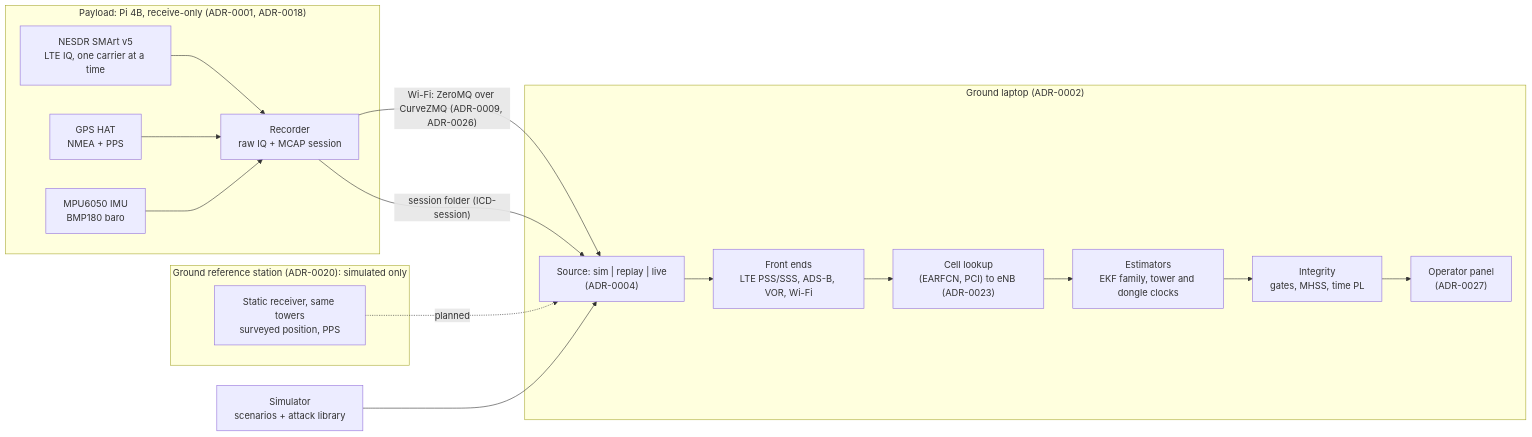
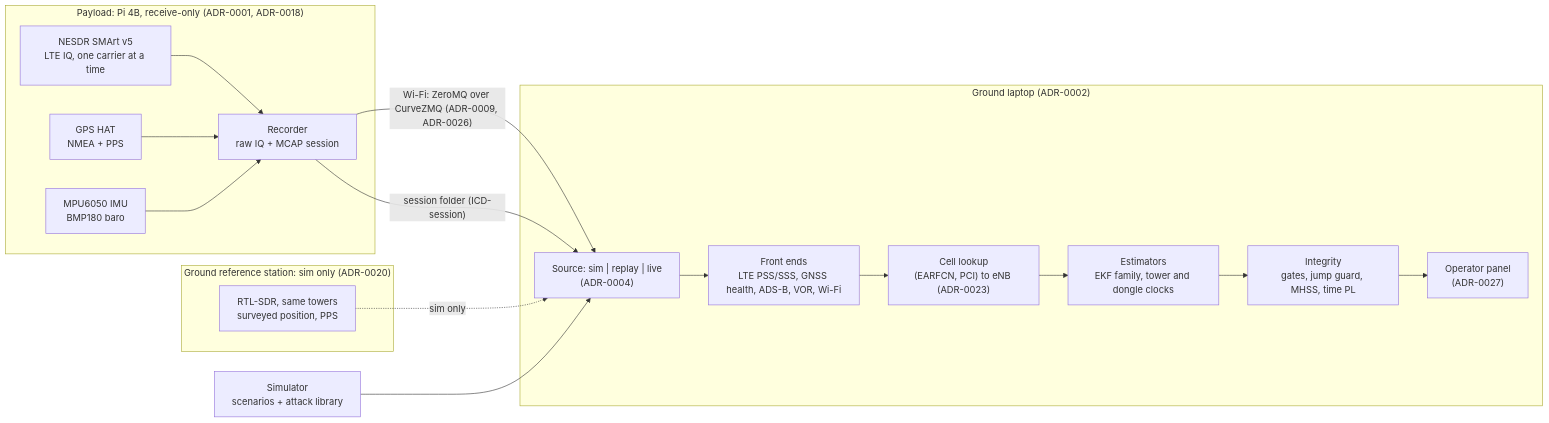
Before and after one commit to mdevstudentcu/SEAN: the diagram in systems/architecture.md, drawn with Mermaid. The commit also changed other lines of this file, not shown here.

````diff
--- a/systems/architecture.md
+++ b/systems/architecture.md
@@ -29,28 +28,28 @@
 ```mermaid
 flowchart LR
   subgraph PAY["Payload: Pi 4B, receive-only (ADR-0001, ADR-0018)"]
     SDR["NESDR SMArt v5<br/>LTE IQ, one carrier at a time"]
     GPS["GPS HAT<br/>NMEA + PPS"]
     SENS["MPU6050 IMU<br/>BMP180 baro"]
     REC["Recorder<br/>raw IQ + MCAP session"]
     SDR --> REC
     GPS --> REC
     SENS --> REC
   end
-  subgraph BASE["Ground reference station (ADR-0020): simulated only"]
-    BSDR["Static receiver, same towers<br/>surveyed position, PPS"]
+  subgraph BASE["Ground reference station: sim only (ADR-0020)"]
+    BSDR["RTL-SDR, same towers<br/>surveyed position, PPS"]
   end
   subgraph GND["Ground laptop (ADR-0002)"]
     SRC["Source: sim | replay | live<br/>(ADR-0004)"]
-    FE["Front ends<br/>LTE PSS/SSS, ADS-B, VOR, Wi-Fi"]
+    FE["Front ends<br/>LTE PSS/SSS, GNSS health, ADS-B, VOR, Wi-Fi"]
     LUT["Cell lookup<br/>(EARFCN, PCI) to eNB (ADR-0023)"]
     NAV["Estimators<br/>EKF family, tower and dongle clocks"]
-    INT["Integrity<br/>gates, MHSS, time PL"]
+    INT["Integrity<br/>gates, jump guard, MHSS, time PL"]
     DASH["Operator panel<br/>(ADR-0027)"]
     SRC --> FE --> LUT --> NAV --> INT --> DASH
   end
   REC -- "Wi-Fi: ZeroMQ over CurveZMQ (ADR-0009, ADR-0026)" --> SRC
   REC -- "session folder (ICD-session)" --> SRC
-  BSDR -. "planned" .-> SRC
+  BSDR -. "sim only" .-> SRC
   SIM["Simulator<br/>scenarios + attack library"] --> SRC
 ```
````
